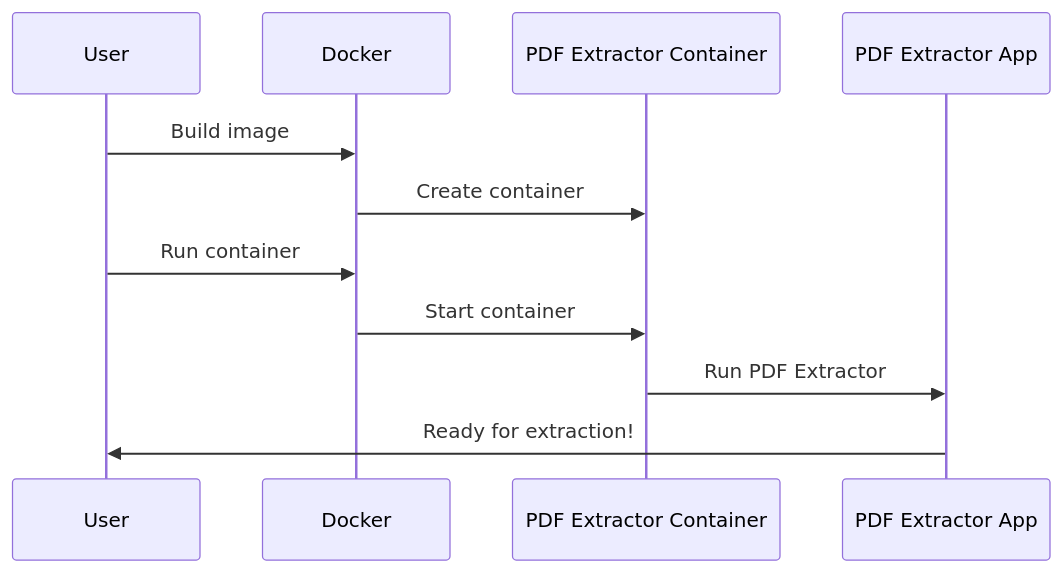
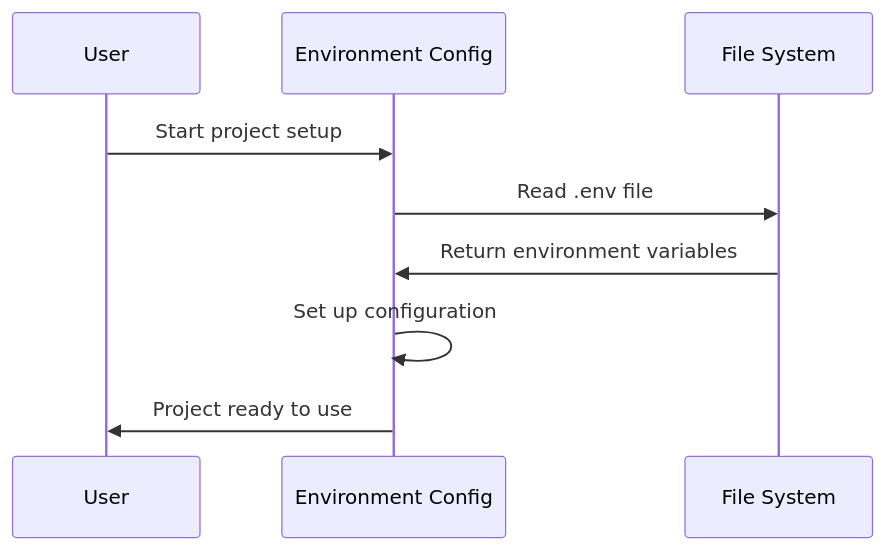
Before and after one commit to dygavieta/NewRepo: the ninth of 9 diagrams in README.md, drawn with Mermaid. The commit also changed other lines of this file, not shown here.

````diff
--- a/README.md
+++ b/README.md
@@ -575,13 +765,11 @@
 ```mermaid
 sequenceDiagram
     participant User
-    participant Docker
-    participant Container as PDF Extractor Container
-    participant App as PDF Extractor App
-    User->>Docker: Build image
-    Docker->>Container: Create container
-    User->>Docker: Run container
-    Docker->>Container: Start container
-    Container->>App: Run PDF Extractor
-    App->>User: Ready for extraction!
+    participant EC as Environment Config
+    participant FS as File System
+    User->>EC: Start project setup
+    EC->>FS: Read .env file
+    FS->>EC: Return environment variables
+    EC->>EC: Set up configuration
+    EC->>User: Project ready to use
 ```
````
